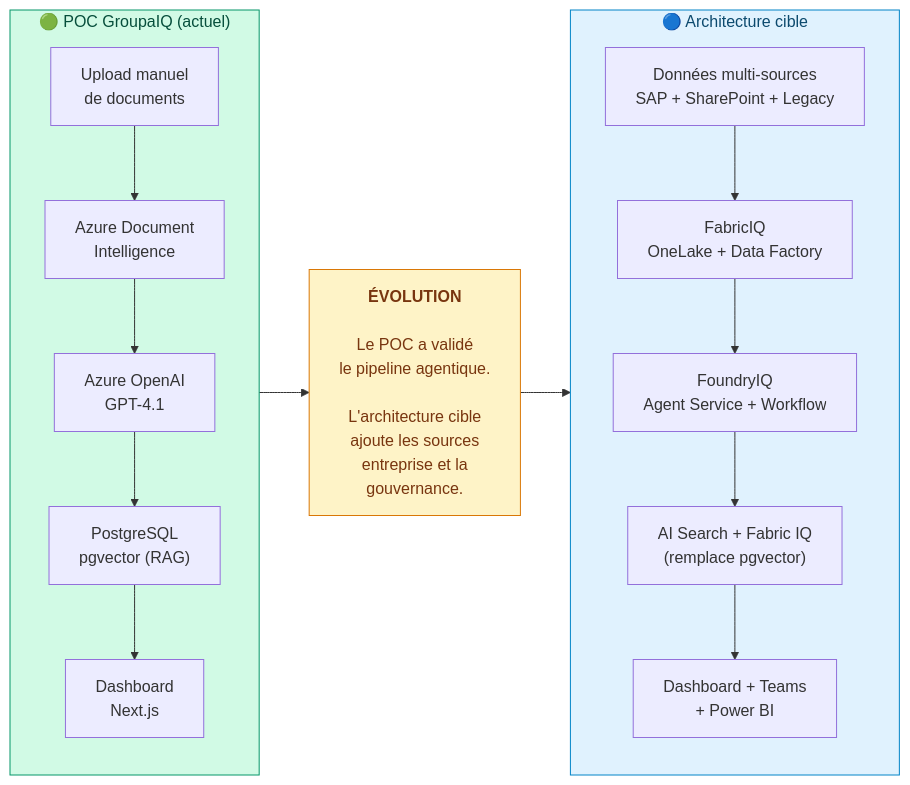
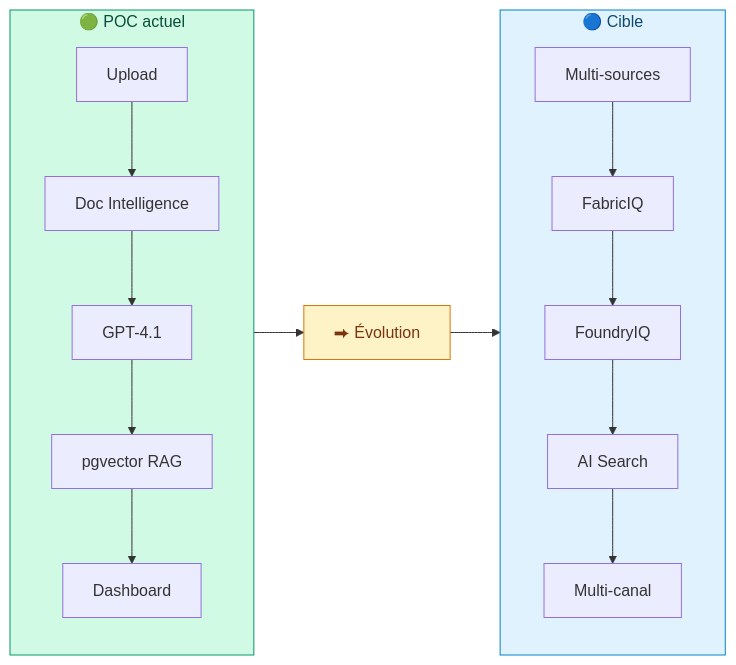
One commit to olivMertens/WorkbenchIQ changed the seventh of 20 diagrams in docs/ARCHITECTURE-AGENTIC-V2-TARGET.md. Above: the diagram before and after it, drawn with Mermaid. The commit also changed other lines of this file and 6 other files, not shown here.

First line of the commit message:
Architecture docs: hybrid strategy, HITL, FAQ data locality, pipeline detail, PDF generator

````diff
--- a/docs/ARCHITECTURE-AGENTIC-V2-TARGET.md
+++ b/docs/ARCHITECTURE-AGENTIC-V2-TARGET.md
@@ -422,32 +291,14 @@
 ```mermaid
 graph LR
-    subgraph POC["🟢 POC GroupaIQ (actuel)"]
-        direction TB
-        P1["Upload manuel<br/>de documents"]
-        P2["Azure Document<br/>Intelligence"]
-        P3["Azure OpenAI<br/>GPT-4.1"]
-        P4["PostgreSQL<br/>pgvector (RAG)"]
-        P5["Dashboard<br/>Next.js"]
-
-        P1 --> P2 --> P3 --> P4 --> P5
+    subgraph POC["🟢 POC actuel"]
+        P1["Upload"] --> P2["Doc Intelligence"] --> P3["GPT-4.1"] --> P4["pgvector RAG"] --> P5["Dashboard"]
     end
-
-    ARROW["<b>ÉVOLUTION</b><br/><br/>Le POC a validé<br/>le pipeline agentique.<br/><br/>L'architecture cible<br/>ajoute les sources<br/>entreprise et la<br/>gouvernance."]
-
-    subgraph TARGET["🔵 Architecture cible"]
-        direction TB
-        T1["Données multi-sources<br/>SAP + SharePoint + Legacy"]
-        T2["FabricIQ<br/>OneLake + Data Factory"]
-        T3["FoundryIQ<br/>Agent Service + Workflow"]
-        T4["AI Search + Fabric IQ<br/>(remplace pgvector)"]
-        T5["Dashboard + Teams<br/>+ Power BI"]
-
-        T1 --> T2 --> T3 --> T4 --> T5
+    ARROW["⮕ Évolution"]
+    subgraph TARGET["🔵 Cible"]
+        T1["Multi-sources"] --> T2["FabricIQ"] --> T3["FoundryIQ"] --> T4["AI Search"] --> T5["Multi-canal"]
     end
-
     POC --> ARROW --> TARGET
-
     style POC fill:#d1fae5,stroke:#059669,color:#064e3b
     style ARROW fill:#fef3c7,stroke:#d97706,color:#78350f
     style TARGET fill:#e0f2fe,stroke:#0284c7,color:#0c4a6e
 ```
````
